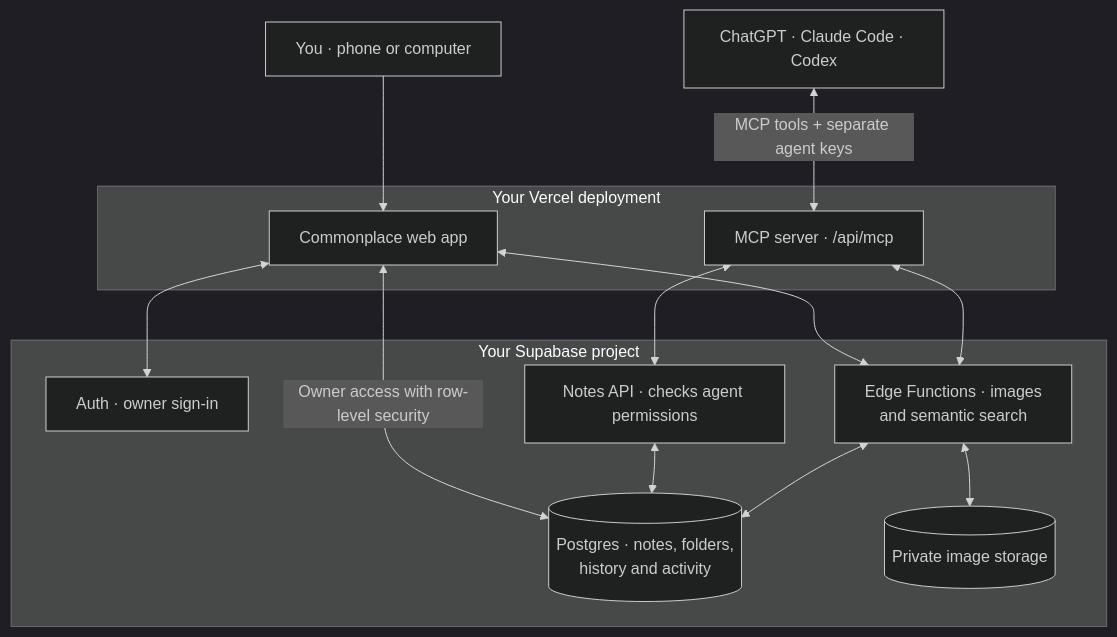
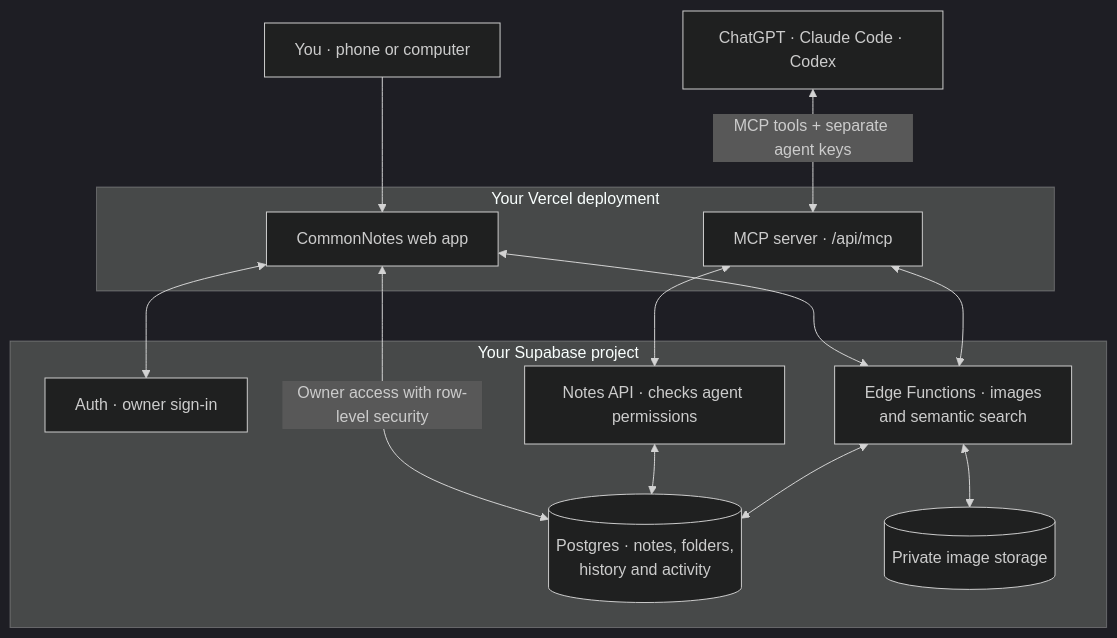
One commit to farhan1301/notes-with-mcp changed the third of 3 diagrams in README.md. Above: the diagram before and after it, drawn with Mermaid (dark theme). The commit also changed other lines of this file and 11 other files, not shown here.

First line of the commit message:
Rename to CommonNotes; point links at farhan1301/commonnotes

````diff
--- a/README.md
+++ b/README.md
@@ -194,26 +203,26 @@
 ```mermaid
 flowchart TB
     You["You · phone or computer"]
     Agents["ChatGPT · Claude Code · Codex"]
     subgraph Vercel["Your Vercel deployment"]
-        App["Commonplace web app"]
+        App["CommonNotes web app"]
         MCP["MCP server · /api/mcp"]
     end
     subgraph Supabase["Your Supabase project"]
         Auth["Auth · owner sign-in"]
         API["Notes API · checks agent permissions"]
         DB[("Postgres · notes, folders,<br/>history and activity")]
         Functions["Edge Functions · images<br/>and semantic search"]
         Storage[("Private image storage")]
     end
     You --> App
     App <--> Auth
     App <-->|Owner access with row-level security| DB
     Agents <-->|MCP tools + separate agent keys| MCP
     MCP <--> API
     API <--> DB
     App <--> Functions
     MCP <--> Functions
     Functions <--> DB
     Functions <--> Storage
 ```
````
